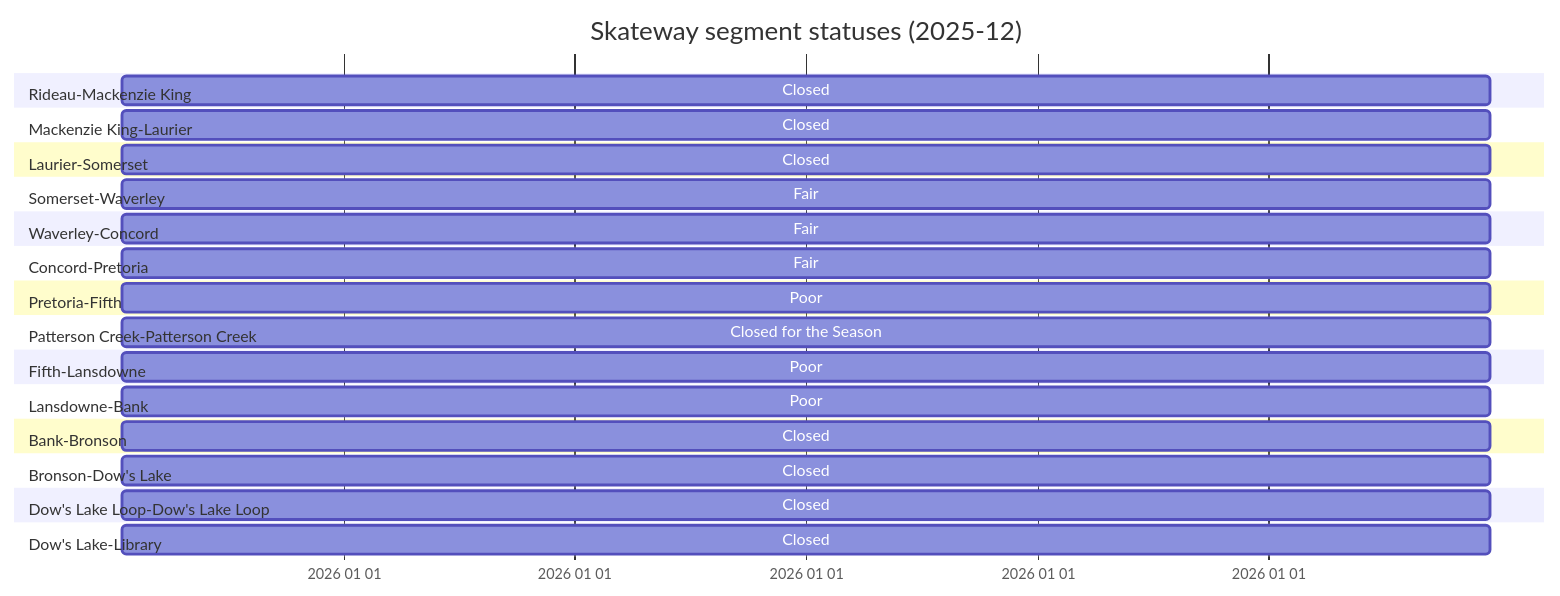
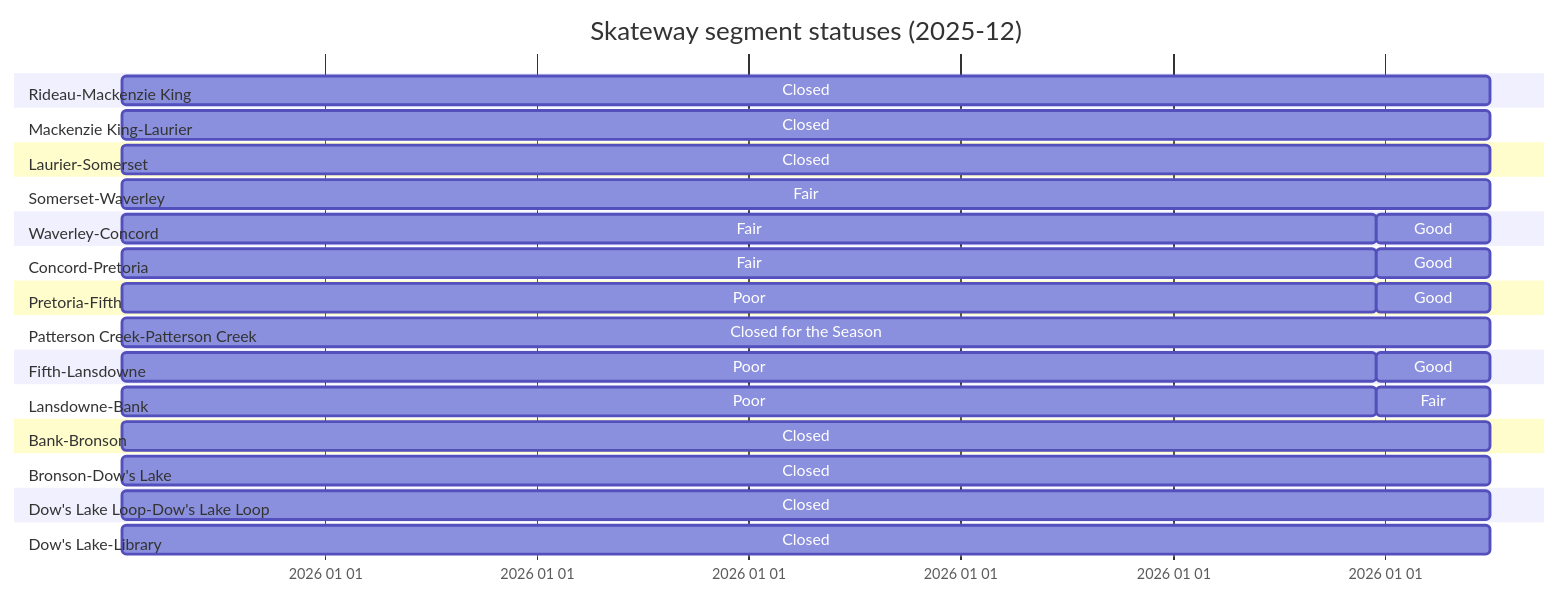
The diagram in gantt.md (PatLittle/skateway_data), drawn with Mermaid before and after one commit. The commit also changed 2 other files, not shown here.

````diff
--- a/gantt.md
+++ b/gantt.md
@@ -2,44 +2,49 @@
 ```mermaid
 ---
 topAxis: true
 displayMode: compact
 config:
   themeCSS: " #vg { fill: Green } #g {fill: yellow} #f {fill: orange} #p {fill: red}      \n
 #c {fill: Black} #cs {fill: Black} #sc {fill: White} #wo {fill: saddlebrown} \n
             text[id^=cs] { fill: red; } text[id^=sc] { fill: red; }
         "
 ---
 
 gantt
   title Skateway segment statuses (2025-12)
   dateFormat  YYYY-MM-DD HH:mm:ss
   axisFormat  %Y %m %d
   section Rideau-Mackenzie King
-  Closed: c, 2025-12-31 21:07:33, 2026-01-01 14:52:27
+  Closed: c, 2025-12-31 21:07:33, 2026-01-01 16:29:36
   section Mackenzie King-Laurier
-  Closed: c, 2025-12-31 21:07:33, 2026-01-01 14:52:27
+  Closed: c, 2025-12-31 21:07:33, 2026-01-01 16:29:36
   section Laurier-Somerset
-  Closed: c, 2025-12-31 21:07:33, 2026-01-01 14:52:27
+  Closed: c, 2025-12-31 21:07:33, 2026-01-01 16:29:36
   section Somerset-Waverley
-  Fair: f, 2025-12-31 21:07:33, 2026-01-01 14:52:27
+  Fair: f, 2025-12-31 21:07:33, 2026-01-01 16:29:36
   section Waverley-Concord
   Fair: f, 2025-12-31 21:07:33, 2026-01-01 14:52:27
+  Good: g, 2026-01-01 14:52:27, 2026-01-01 16:29:36
   section Concord-Pretoria
   Fair: f, 2025-12-31 21:07:33, 2026-01-01 14:52:27
+  Good: g, 2026-01-01 14:52:27, 2026-01-01 16:29:36
   section Pretoria-Fifth
   Poor: p, 2025-12-31 21:07:33, 2026-01-01 14:52:27
+  Good: g, 2026-01-01 14:52:27, 2026-01-01 16:29:36
   section Patterson Creek-Patterson Creek
-  Closed for the Season: cs, 2025-12-31 21:07:33, 2026-01-01 14:52:27
+  Closed for the Season: cs, 2025-12-31 21:07:33, 2026-01-01 16:29:36
   section Fifth-Lansdowne
   Poor: p, 2025-12-31 21:07:33, 2026-01-01 14:52:27
+  Good: g, 2026-01-01 14:52:27, 2026-01-01 16:29:36
   section Lansdowne-Bank
   Poor: p, 2025-12-31 21:07:33, 2026-01-01 14:52:27
+  Fair: f, 2026-01-01 14:52:27, 2026-01-01 16:29:36
   section Bank-Bronson
-  Closed: c, 2025-12-31 21:07:33, 2026-01-01 14:52:27
+  Closed: c, 2025-12-31 21:07:33, 2026-01-01 16:29:36
   section Bronson-Dow's Lake
-  Closed: c, 2025-12-31 21:07:33, 2026-01-01 14:52:27
+  Closed: c, 2025-12-31 21:07:33, 2026-01-01 16:29:36
   section Dow's Lake Loop-Dow's Lake Loop
-  Closed: c, 2025-12-31 21:07:33, 2026-01-01 14:52:27
+  Closed: c, 2025-12-31 21:07:33, 2026-01-01 16:29:36
   section Dow's Lake-Library
-  Closed: c, 2025-12-31 21:07:33, 2026-01-01 14:52:27
+  Closed: c, 2025-12-31 21:07:33, 2026-01-01 16:29:36
 ```
````
